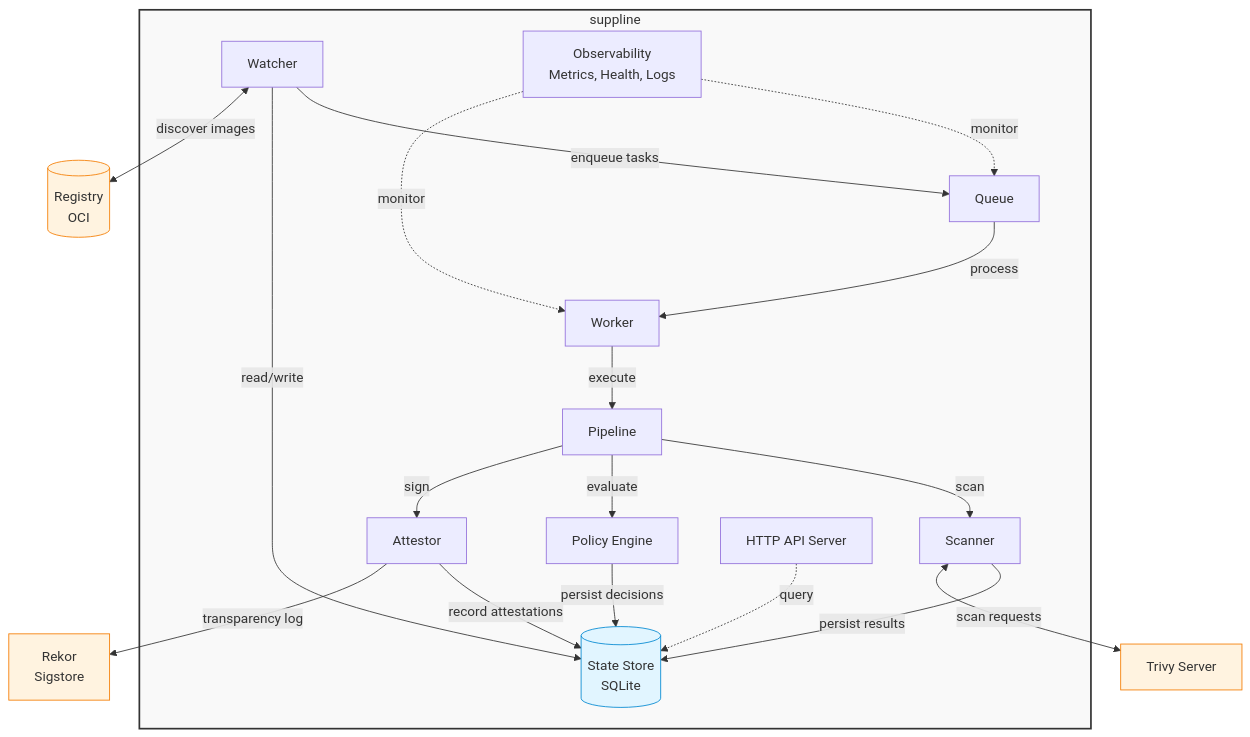
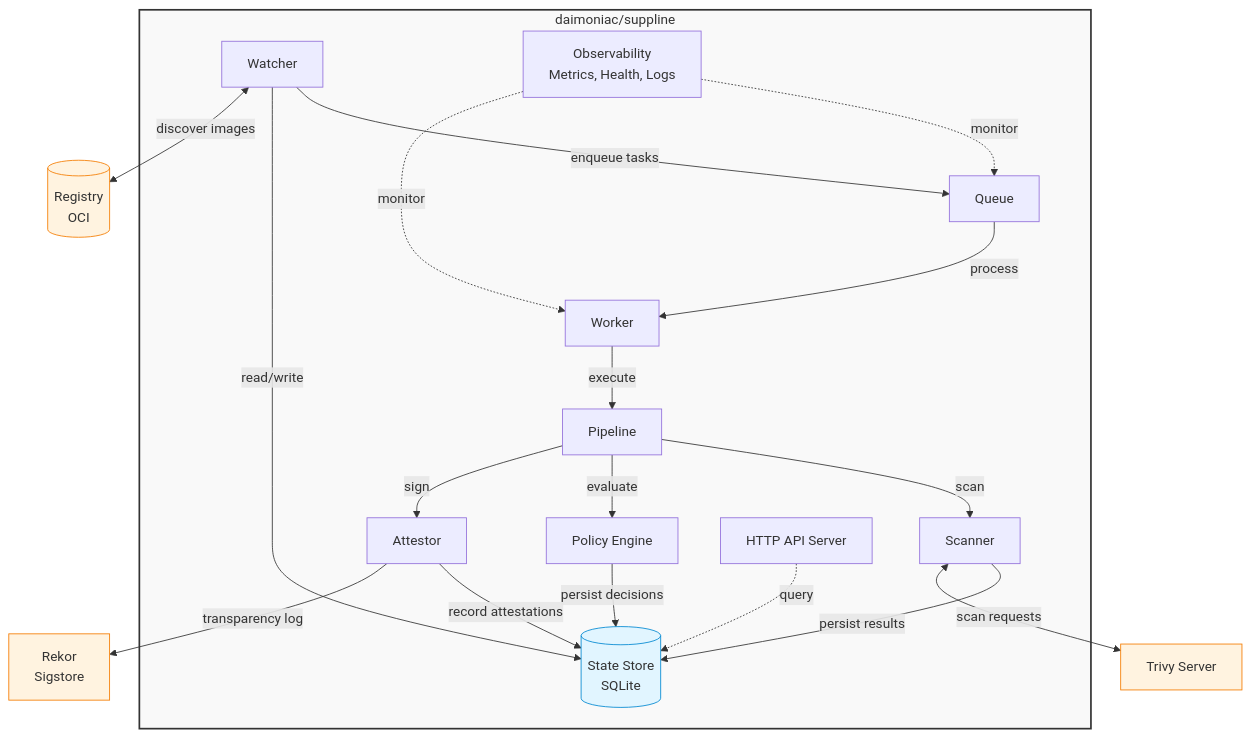
One commit to daimoniac/suppline changed the diagram in README.md. Above: the diagram before and after it, drawn with Mermaid. The commit also changed other lines of this file and 94 other files, not shown here.

Commit message:
integrate ui, charts

````diff
--- a/README.md
+++ b/README.md
@@ -37,45 +37,45 @@
 ```mermaid
 graph TB
-    subgraph suppline["suppline"]
+    subgraph daimoniac/suppline["daimoniac/suppline"]
         Watcher[Watcher]
         Queue[Queue]
         Worker[Worker]
         Pipeline[Pipeline]
         Scanner[Scanner]
         Policy[Policy Engine]
         Attestor[Attestor]
         StateStore[(State Store<br/>SQLite)]
         API[HTTP API Server]
         Observability[Observability<br/>Metrics, Health, Logs]
         
         Watcher -->|enqueue tasks| Queue
         Queue -->|process| Worker
         Worker -->|execute| Pipeline
         Pipeline -->|scan| Scanner
         Pipeline -->|evaluate| Policy
         Pipeline -->|sign| Attestor
         
         Watcher -->|read/write| StateStore
         Scanner -->|persist results| StateStore
         Policy -->|persist decisions| StateStore
         Attestor -->|record attestations| StateStore
         
         API -.->|query| StateStore
         Observability -.->|monitor| Queue
         Observability -.->|monitor| Worker
     end
     
     Registry[(Registry<br/>OCI)]
     Trivy[Trivy Server]
     Rekor[Rekor<br/>Sigstore]
     
     Watcher <-->|discover images| Registry
     Scanner <-->|scan requests| Trivy
     Attestor -->|transparency log| Rekor
     
-    style suppline fill:#f9f9f9,stroke:#333,stroke-width:2px
+    style daimoniac/suppline fill:#f9f9f9,stroke:#333,stroke-width:2px
     style StateStore fill:#e1f5ff,stroke:#0288d1
     style Registry fill:#fff3e0,stroke:#f57c00
     style Trivy fill:#fff3e0,stroke:#f57c00
     style Rekor fill:#fff3e0,stroke:#f57c00
 ```
````
